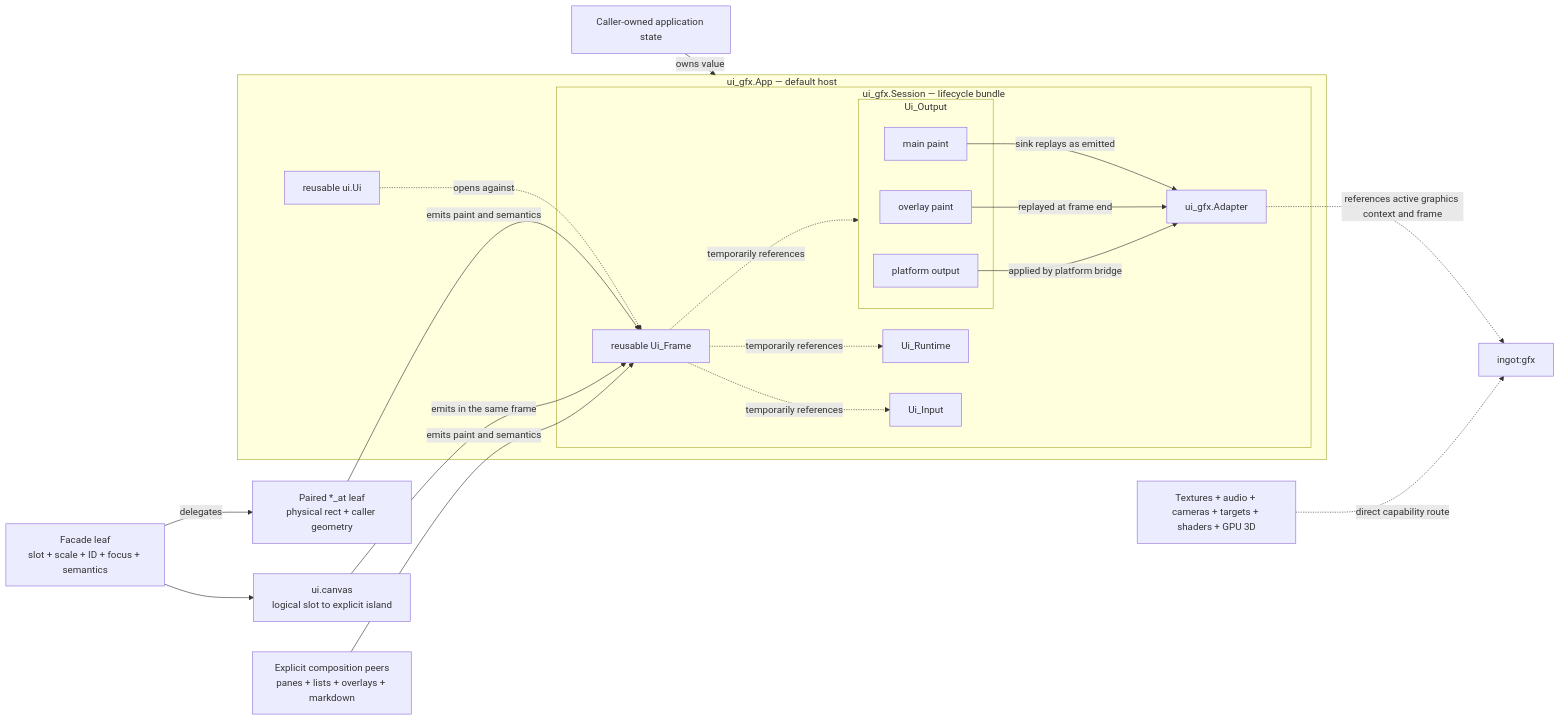
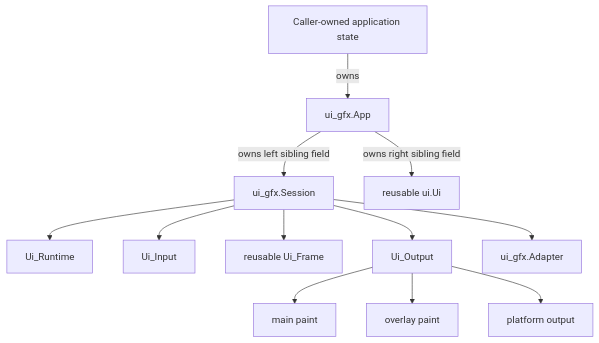
One commit to nic-vdwalt/ingot changed the first of 2 diagrams in docs/api-layers.md. Above: the diagram before and after it, drawn with Mermaid. The commit also changed other lines of this file and 7 other files, not shown here.

````diff
--- a/docs/api-layers.md
+++ b/docs/api-layers.md
@@ -22,42 +22,14 @@
 ```mermaid
-flowchart LR
-    CALLER[Caller-owned application state]
-
-    subgraph APP[ui_gfx.App — default host]
-        FORM[reusable ui.Ui]
-        subgraph SESSION[ui_gfx.Session — lifecycle bundle]
-            RUNTIME[Ui_Runtime]
-            INPUT[Ui_Input]
-            FRAME[reusable Ui_Frame]
-            subgraph OUTPUT[Ui_Output]
-                MAIN[main paint]
-                OVERLAY[overlay paint]
-                PLATFORM[platform output]
-            end
-            ADAPTER[ui_gfx.Adapter]
-        end
-    end
-
-    CALLER -->|owns value| APP
-    FORM -.->|opens against| FRAME
-    FRAME -.->|temporarily references| RUNTIME
-    FRAME -.->|temporarily references| INPUT
-    FRAME -.->|temporarily references| OUTPUT
-
-    FACADE[Facade leaf\nslot + scale + ID + focus + semantics]
-    EXPLICIT[Paired *_at leaf\nphysical rect + caller geometry]
-    CANVAS[ui.canvas\nlogical slot to explicit island]
-    COMPOSE[Explicit composition peers\npanes + lists + overlays + markdown]
-
-    FACADE -->|delegates| EXPLICIT
-    FACADE --> CANVAS
-    EXPLICIT -->|emits paint and semantics| FRAME
-    CANVAS -->|emits in the same frame| FRAME
-    COMPOSE -->|emits paint and semantics| FRAME
-
-    MAIN -->|sink replays as emitted| ADAPTER
-    OVERLAY -->|replayed at frame end| ADAPTER
-    PLATFORM -->|applied by platform bridge| ADAPTER
-    ADAPTER -.->|references active graphics context and frame| GFX[ingot:gfx]
-    DIRECT[Textures + audio + cameras + targets + shaders + GPU 3D] -.->|direct capability route| GFX
+flowchart TB
+    CALLER[Caller-owned application state] -->|owns| APP[ui_gfx.App]
+    APP -->|owns left sibling field| SESSION[ui_gfx.Session]
+    APP -->|owns right sibling field| FORM[reusable ui.Ui]
+    SESSION --> RUNTIME[Ui_Runtime]
+    SESSION --> INPUT[Ui_Input]
+    SESSION --> FRAME[reusable Ui_Frame]
+    SESSION --> OUTPUT[Ui_Output]
+    SESSION --> ADAPTER[ui_gfx.Adapter]
+    OUTPUT --> MAIN[main paint]
+    OUTPUT --> OVERLAY[overlay paint]
+    OUTPUT --> PLATFORM[platform output]
 ```
````
